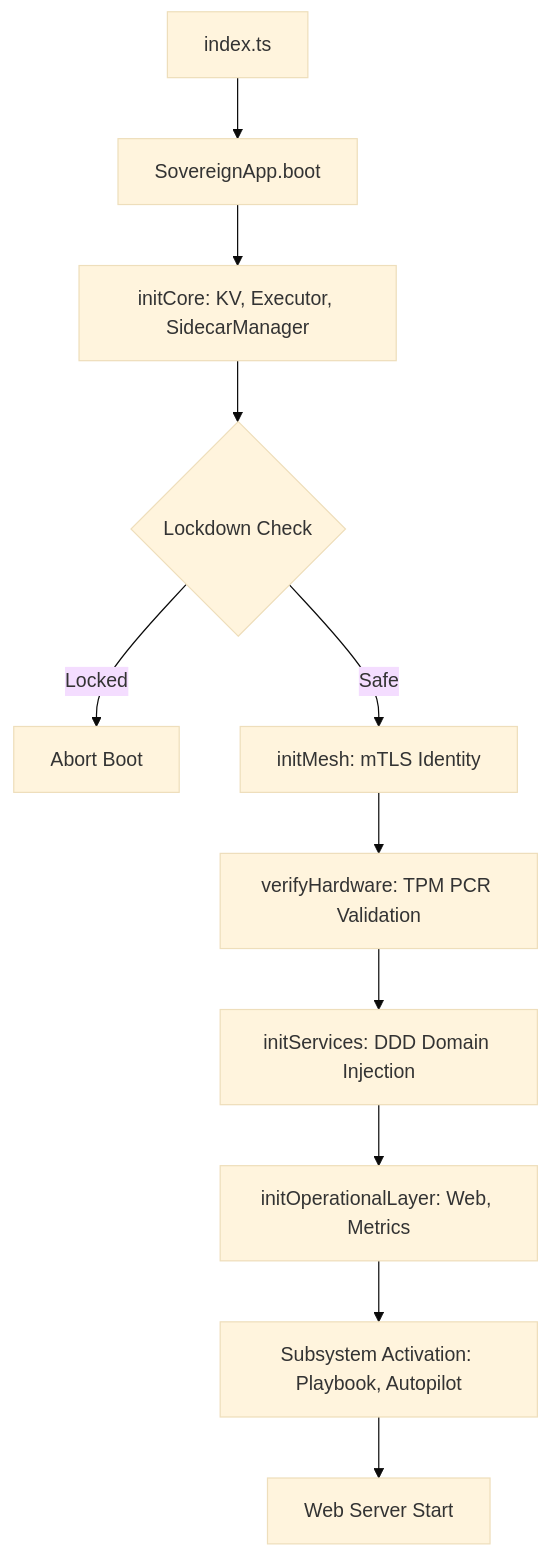
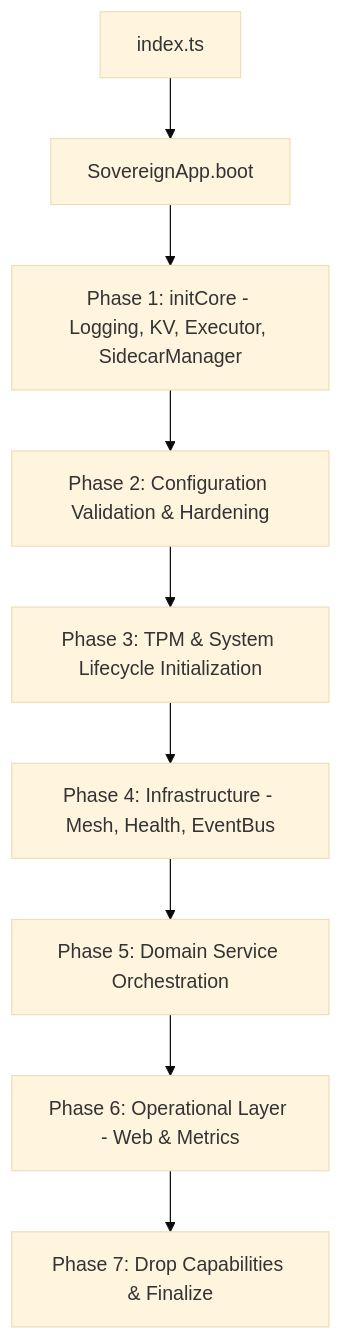
The diagram in docs/ARCHITECTURE_DEEP_DIVE.md (dagizoltan/counter-terrorist), drawn with Mermaid (base theme) before and after one commit. The commit also changed other lines of this file and 5 other files, not shown here.

First line of the commit message:
Architectural Reverse-Engineering & Documentation Update (v7.0-PRODUCTION)

````diff
--- a/docs/ARCHITECTURE_DEEP_DIVE.md
+++ b/docs/ARCHITECTURE_DEEP_DIVE.md
@@ -16,13 +16,11 @@
 ```mermaid
 graph TD
     A[index.ts] --> B[SovereignApp.boot]
-    B --> C[initCore: KV, Executor, SidecarManager]
-    C --> D{Lockdown Check}
-    D -- Locked --> E[Abort Boot]
-    D -- Safe --> F[initMesh: mTLS Identity]
-    F --> G[verifyHardware: TPM PCR Validation]
-    G --> H[initServices: DDD Domain Injection]
-    H --> I[initOperationalLayer: Web, Metrics]
-    I --> J[Subsystem Activation: Playbook, Autopilot]
-    J --> K[Web Server Start]
+    B --> C[Phase 1: initCore - Logging, KV, Executor, SidecarManager]
+    C --> D[Phase 2: Configuration Validation & Hardening]
+    D --> E[Phase 3: TPM & System Lifecycle Initialization]
+    E --> F[Phase 4: Infrastructure - Mesh, Health, EventBus]
+    F --> G[Phase 5: Domain Service Orchestration]
+    G --> H[Phase 6: Operational Layer - Web & Metrics]
+    H --> I[Phase 7: Drop Capabilities & Finalize]
 ```
````
